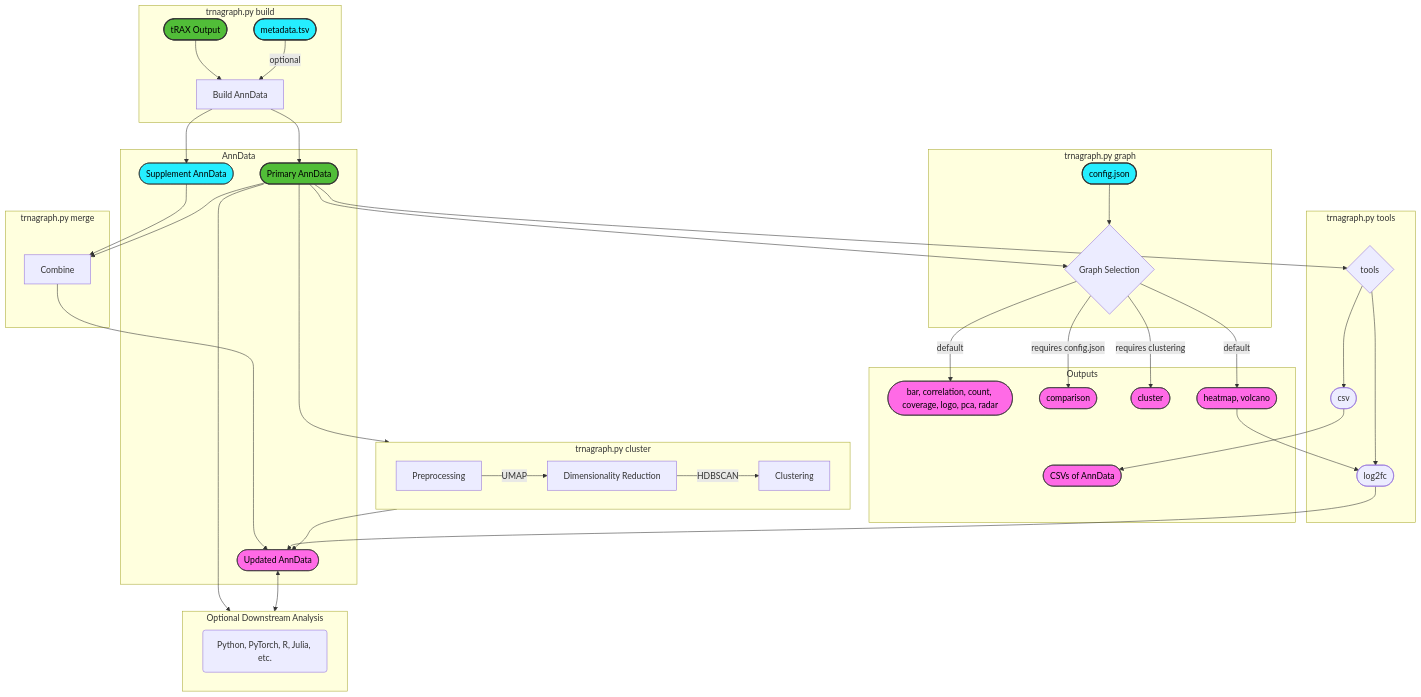
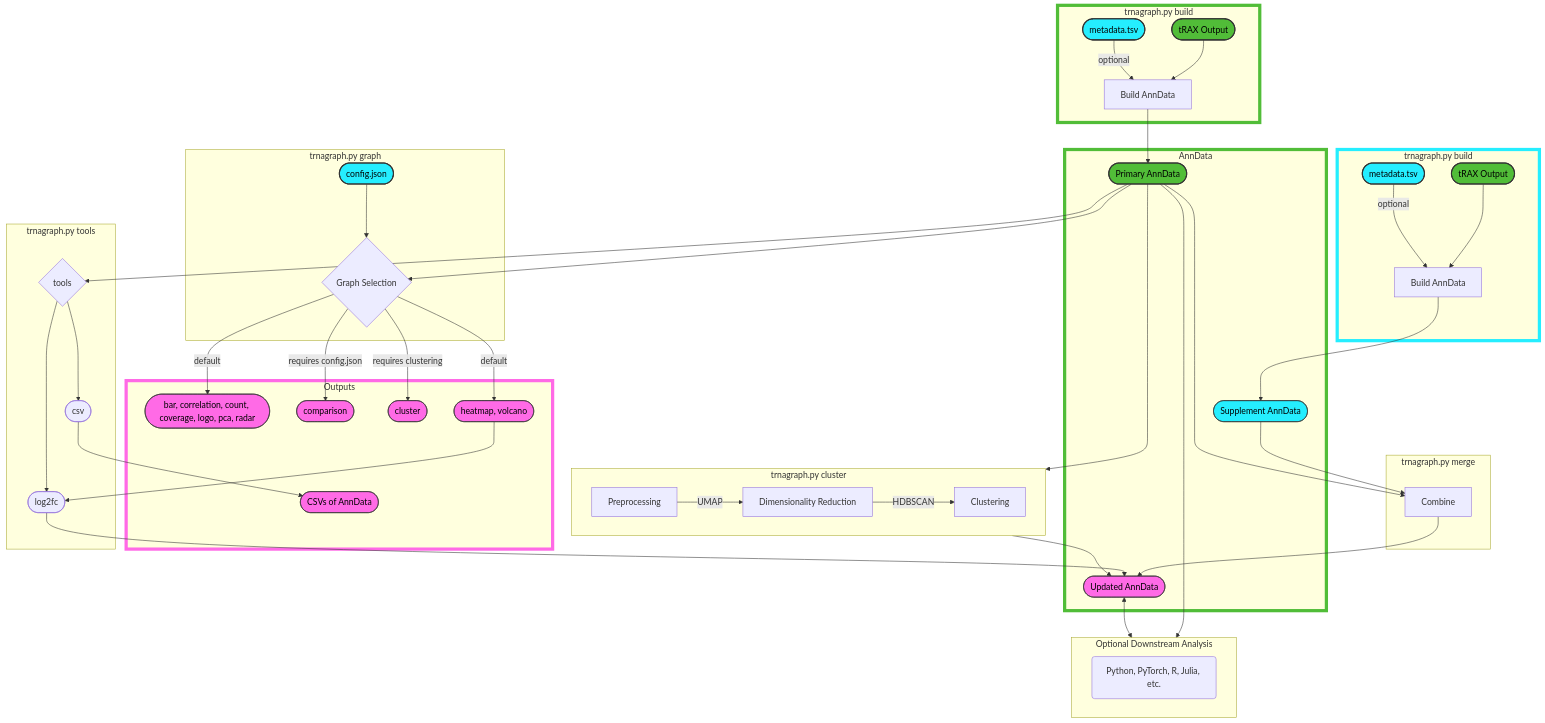
One commit to alba1735/tRNAgraph changed the diagram in README.md. Above: the diagram before and after it, drawn with Mermaid. The commit also changed other lines of this file and 3 other files, not shown here.

Commit message:
coverage plots refactored to be much more efficient, simplified flags, added new coverage graph options, added ability to inverse filter in config files

````diff
--- a/README.md
+++ b/README.md
@@ -13,63 +13,73 @@
 ```mermaid
     %%{ init: { 'flowchart': { 'curve': 'basis' } } }%%
     flowchart TD
       subgraph sg1 [trnagraph.py build]
         I1([tRAX Output]) --> B[Build AnnData]
         M([metadata.tsv]) -->|optional| B
       end
+      subgraph sg1.1 [trnagraph.py build]
+        I1.1([tRAX Output]) --> B.1[Build AnnData]
+        M.1([metadata.tsv]) -->|optional| B.1
+      end
       B --> I2
-      B --> I2.1
+      B.1 --> I2.1
       subgraph O [Outputs]
         G1
         G2
         G3
         G4
         D([CSVs of AnnData])
       end
       subgraph sgI1 [AnnData]
         I2([Primary AnnData])
         I2.1([Supplement AnnData])
         I2.2([Updated AnnData])
       end
       I2 --> sg3
       subgraph sg3 [trnagraph.py cluster]
         C1[Preprocessing] -->|UMAP| C2[Dimensionality Reduction] -->|HDBSCAN| C3[Clustering]
       end
       sg3 --> I2.2
       I2.1([Supplement AnnData]) --> C
       I2 --> C
       subgraph sg4 [trnagraph.py merge]
         C[Combine]
       end
       C --> I2.2
       I2 --> G{Graph Selection}
       subgraph sg5 [trnagraph.py tools]
         T --> L([log2fc])
         T --> D1([csv]) --> D
       end
       I2 --> T{tools}
       subgraph sg2 [trnagraph.py graph]
         G -->|default| G1([bar, correlation, count, coverage, logo, pca, radar])
         G -->|default| G4([heatmap, volcano]) --> L([log2fc]) --> I2.2
         G -->|requires config.json| G2([comparison])
         G -->|requires clustering| G3([cluster])
         J([config.json]) --> G 
       end
       subgraph sg1.2 [Optional Downstream Analysis]
         direction LR
         R1(Python, PyTorch, R, Julia, etc.)
       end
       I2 --> sg1.2
       I2.2 <--> sg1.2
       style I1 fill:#51BD38,stroke:#333,stroke-width:2px,color:#000000
+      style I1.1 fill:#51BD38,stroke:#333,stroke-width:2px,color:#000000
       style M fill:#25EEFF,stroke:#333,stroke-width:2px,color:#000000
+      style M.1 fill:#25EEFF,stroke:#333,stroke-width:2px,color:#000000
       style J fill:#25EEFF,stroke:#333,stroke-width:2px,color:#000000
       style D fill:#FF6AE6,stroke:#333,color:#000000
       style G1 fill:#FF6AE6,stroke:#333,color:#000000
       style G2 fill:#FF6AE6,stroke:#333,color:#000000
       style G3 fill:#FF6AE6,stroke:#333,color:#000000
       style G4 fill:#FF6AE6,stroke:#333,color:#000000
       style I2 fill:#51BD38,stroke:#333,stroke-width:2px,color:#000000
       style I2.1 fill:#25EEFF,stroke:#333,color:#000000
       style I2.2 fill:#FF6AE6,stroke:#333,color:#000000
+      style sg1.1 stroke:#25EEFF,stroke-width:6px
+      style O stroke:#FF6AE6,stroke-width:6px
+      style sg1 stroke:#51BD38,stroke-width:6px
+      style sgI1 stroke:#51BD38,stroke-width:6px
 ```
````
